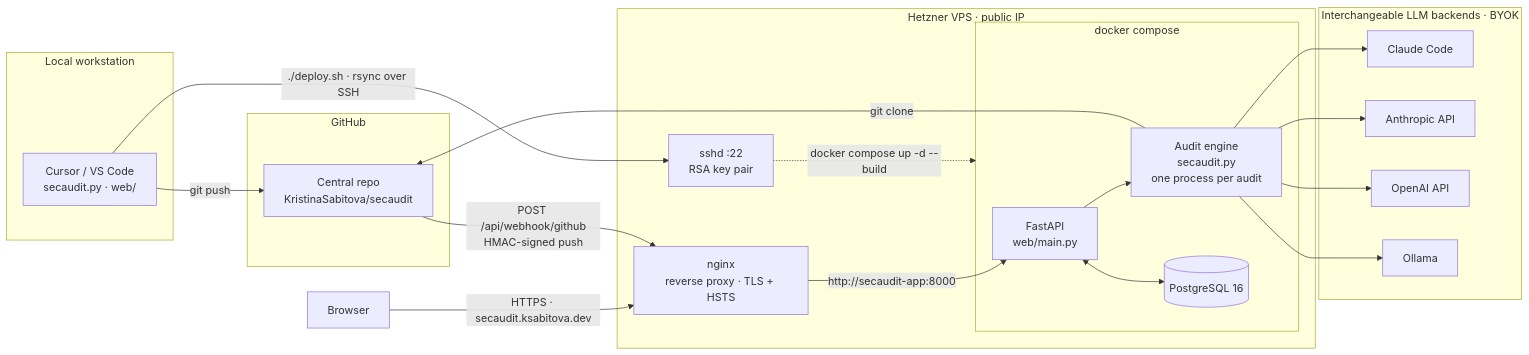
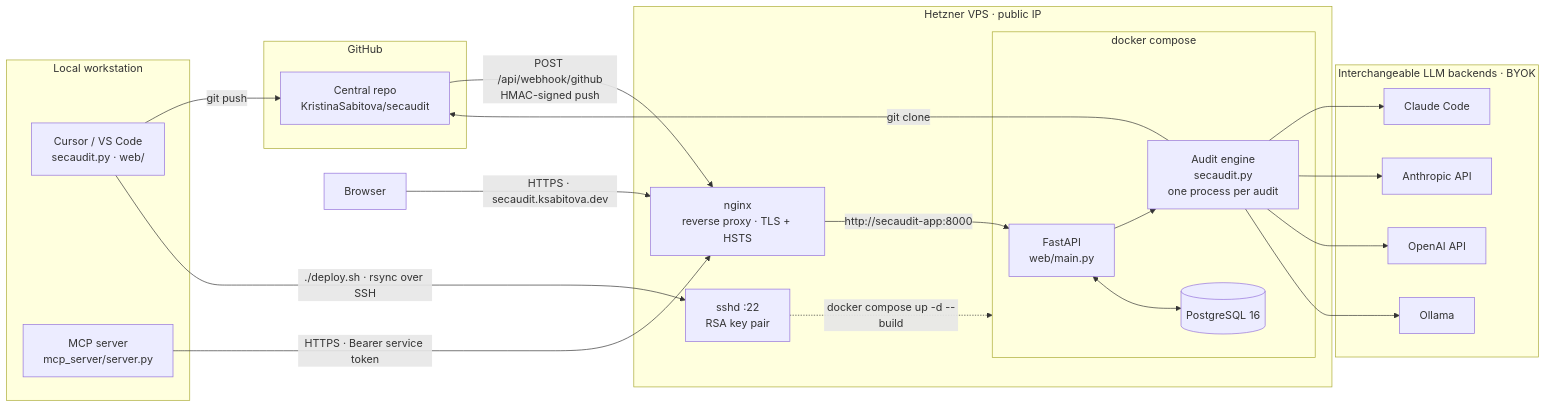
One commit to KristinaSabitova/secaudit changed the diagram in README.md. Above: the diagram before and after it, drawn with Mermaid. The commit also changed other lines of this file and 9 other files, not shown here.

````diff
--- a/README.md
+++ b/README.md
@@ -229,45 +229,47 @@
 ```mermaid
 flowchart LR
     subgraph local["Local workstation"]
         ide["Cursor / VS Code<br/>secaudit.py · web/"]
+        mcpsrv["MCP server<br/>mcp_server/server.py"]
     end
 
     subgraph github["GitHub"]
         repo["Central repo<br/>KristinaSabitova/secaudit"]
     end
 
     browser["Browser"]
 
     subgraph hetzner["Hetzner VPS · public IP"]
         sshd["sshd :22<br/>RSA key pair"]
         nginx["nginx<br/>reverse proxy · TLS + HSTS"]
         subgraph compose["docker compose"]
             api["FastAPI<br/>web/main.py"]
             engine["Audit engine<br/>secaudit.py<br/>one process per audit"]
             pg[("PostgreSQL 16")]
         end
     end
 
     subgraph backends["Interchangeable LLM backends · BYOK"]
         cc["Claude Code"]
         anthropic["Anthropic API"]
         openai["OpenAI API"]
         ollama["Ollama"]
     end
 
     ide -->|"git push"| repo
     ide -->|"./deploy.sh · rsync over SSH"| sshd
     sshd -.->|"docker compose up -d --build"| compose
 
     browser -->|"HTTPS · secaudit.ksabitova.dev"| nginx
     repo -->|"POST /api/webhook/github<br/>HMAC-signed push"| nginx
+    mcpsrv -->|"HTTPS · Bearer service token"| nginx
 
     nginx -->|"http://secaudit-app:8000"| api
     api --> engine
     api <--> pg
     engine -->|"git clone"| repo
     engine --> cc
     engine --> anthropic
     engine --> openai
     engine --> ollama
 ```
````
